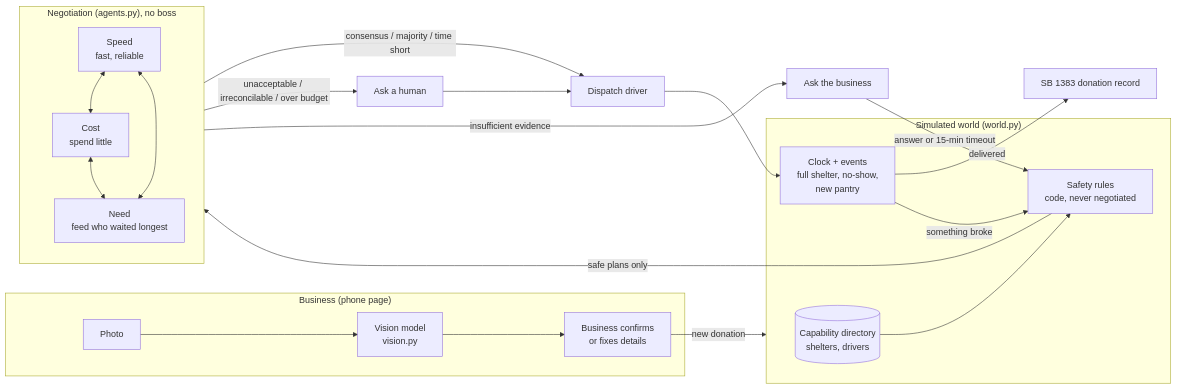
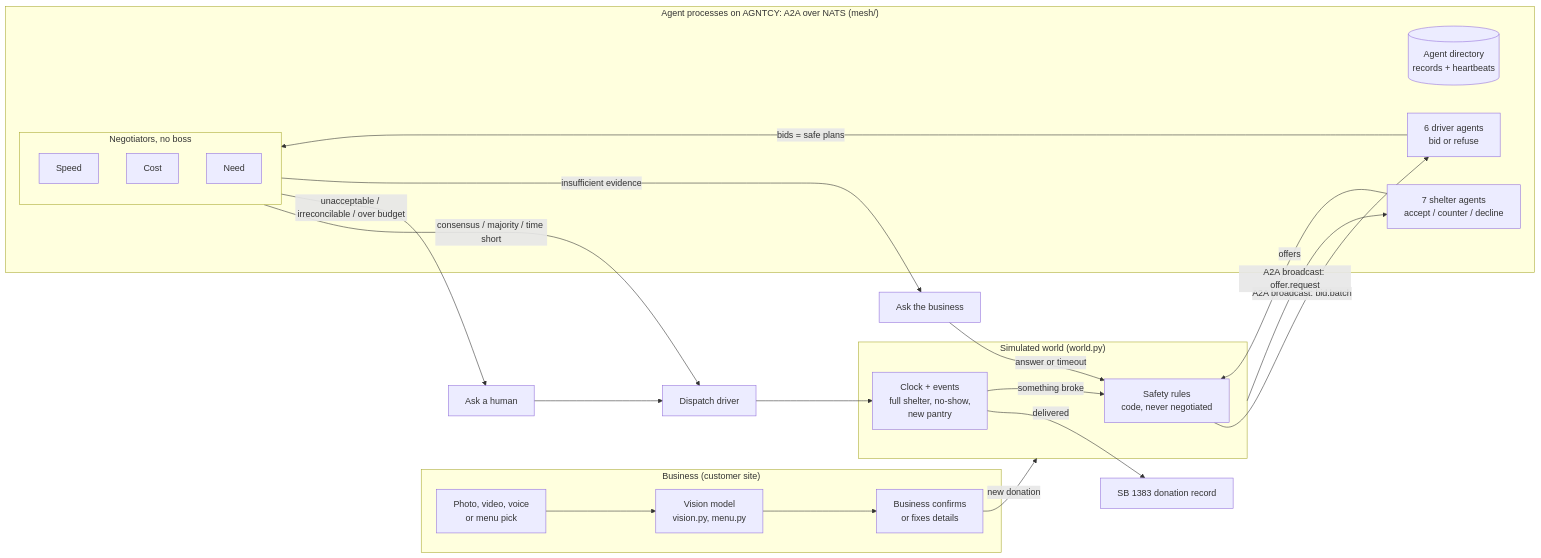
Before and after one commit to Haatim-Ali/uplink: the diagram in docs/ARCHITECTURE.md, drawn with Mermaid. The commit also changed other lines of this file and 5 other files, not shown here.

Commit message:
Docs: consolidated results (held-out random runs), architecture with AGNTCY runtime, Devpost draft, demo-day checklist

````diff
--- a/docs/ARCHITECTURE.md
+++ b/docs/ARCHITECTURE.md
@@ -7,36 +7,38 @@
 ```mermaid
 flowchart LR
-    subgraph Business["Business (phone page)"]
-        P[Photo] --> V[Vision model<br/>vision.py]
+    subgraph Business["Business (customer site)"]
+        P[Photo, video, voice<br/>or menu pick] --> V[Vision model<br/>vision.py, menu.py]
         V --> C[Business confirms<br/>or fixes details]
     end
 
     C -->|new donation| W
 
     subgraph W["Simulated world (world.py)"]
-        D[(Capability directory<br/>shelters, drivers)]
         S[Safety rules<br/>code, never negotiated]
         CLK[Clock + events<br/>full shelter, no-show,<br/>new pantry]
     end
 
-    D --> S
-    S -->|safe plans only| N
-
-    subgraph N["Negotiation (agents.py), no boss"]
-        SP[Speed<br/>fast, reliable]
-        CO[Cost<br/>spend little]
-        NE[Need<br/>feed who waited longest]
-        SP <--> CO
-        CO <--> NE
-        NE <--> SP
+    subgraph M["Agent processes on AGNTCY: A2A over NATS (mesh/)"]
+        DIR[(Agent directory<br/>records + heartbeats)]
+        SH[7 shelter agents<br/>accept / counter / decline]
+        DR[6 driver agents<br/>bid or refuse]
+        subgraph N["Negotiators, no boss"]
+            SP[Speed]
+            CO[Cost]
+            NE[Need]
+        end
     end
 
+    W -->|A2A broadcast: offer.request| SH
+    SH -->|offers| S
+    S -->|A2A broadcast: bid.batch| DR
+    DR -->|bids = safe plans| N
     N -->|consensus / majority / time short| ACT[Dispatch driver]
     N -->|unacceptable / irreconcilable / over budget| HUM[Ask a human]
     N -->|insufficient evidence| ASK[Ask the business]
-    ASK -->|answer or 15-min timeout| S
+    ASK -->|answer or timeout| S
     HUM --> ACT
     ACT --> CLK
     CLK -->|delivered| REC[SB 1383 donation record]
     CLK -->|something broke| S
 ```
````
